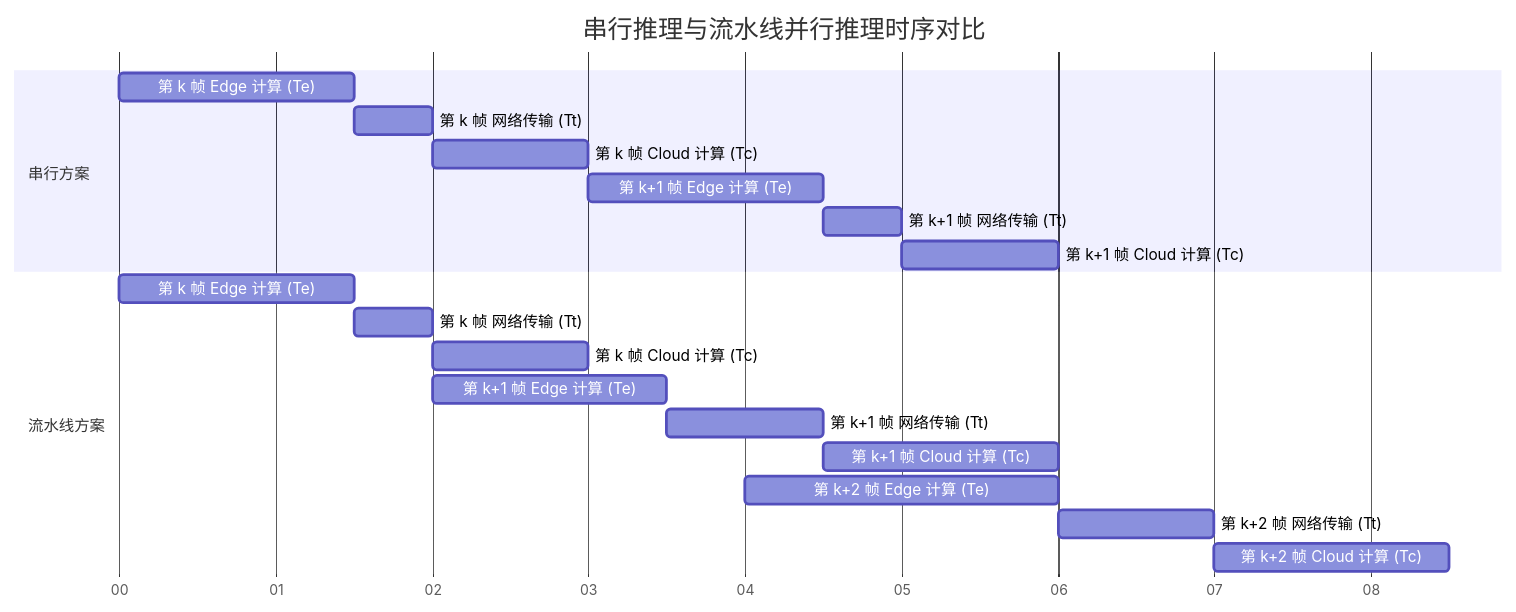
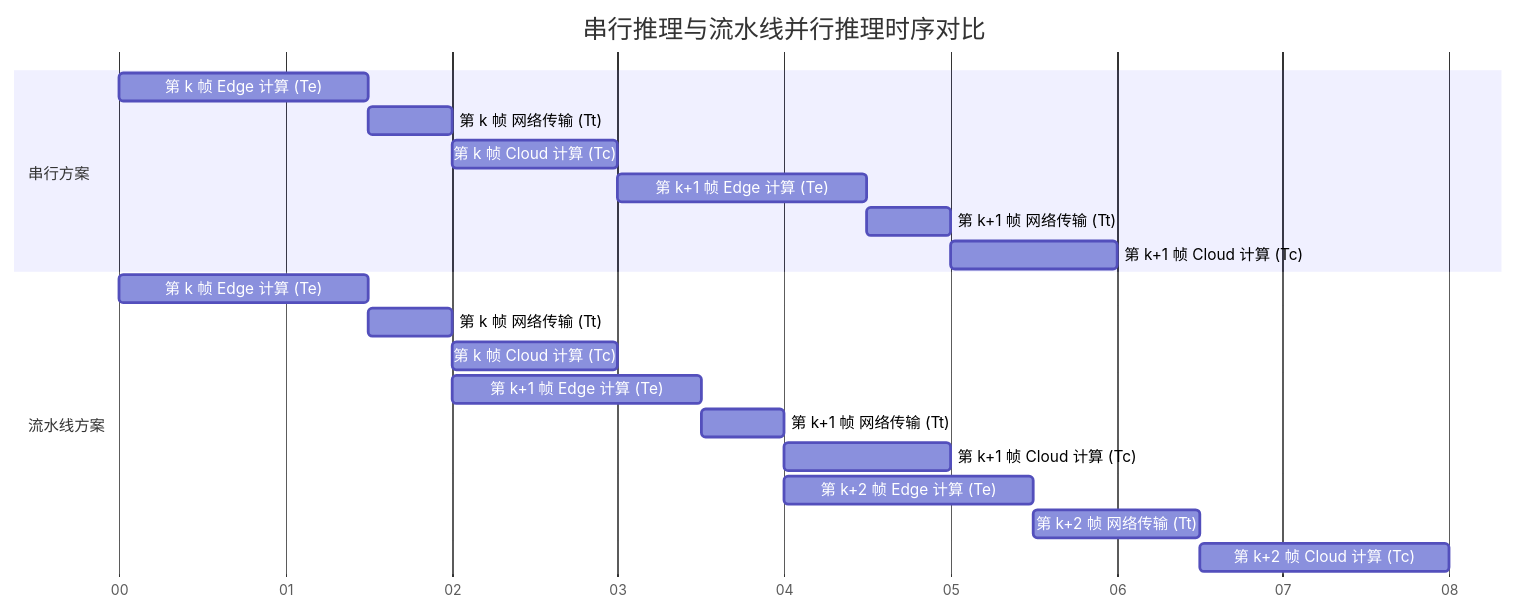
The diagram in all/未命名-1.md (intmain-yy/iodraw-files), drawn with Mermaid before and after one commit.

Commit message:
2026-02-28 13:47:47 update

````diff
--- a/all/未命名-1.md
+++ b/all/未命名-1.md
@@ -1,27 +1,27 @@
 ```mermaid
 gantt
     title 串行推理与流水线并行推理时序对比
     dateFormat  s
     axisFormat  %S
     
     section 串行方案
     第 k 帧 Edge 计算 (Te)       :a1, 0, 1.5s
     第 k 帧 网络传输 (Tt)       :a2, after a1, 0.5s
     第 k 帧 Cloud 计算 (Tc)      :a3, after a2, 1s
     第 k+1 帧 Edge 计算 (Te)     :a4, after a3, 1.5s
     第 k+1 帧 网络传输 (Tt)     :a5, after a4, 0.5s
     第 k+1 帧 Cloud 计算 (Tc)    :a6, after a5, 1s
     
     section 流水线方案
     第 k 帧 Edge 计算 (Te)       :b1, 0, 1.5s
     第 k 帧 网络传输 (Tt)       :b2, after b1, 0.5s
     第 k 帧 Cloud 计算 (Tc)      :b3, after b2, 1s
     
     第 k+1 帧 Edge 计算 (Te)     :c1, 2, 1.5s
-    第 k+1 帧 网络传输 (Tt)     :c2, after c1, 1s
-    第 k+1 帧 Cloud 计算 (Tc)    :c3, after c2, 1.5s
+    第 k+1 帧 网络传输 (Tt)     :c2, after c1, 0.5s
+    第 k+1 帧 Cloud 计算 (Tc)    :c3, after c2, 1s
     
-    第 k+2 帧 Edge 计算 (Te)     :d1, 4, 2s
+    第 k+2 帧 Edge 计算 (Te)     :d1, 4, 1.5s
     第 k+2 帧 网络传输 (Tt)     :d2, after d1, 1s
     第 k+2 帧 Cloud 计算 (Tc)    :d3, after d2, 1.5s
 ```
````
